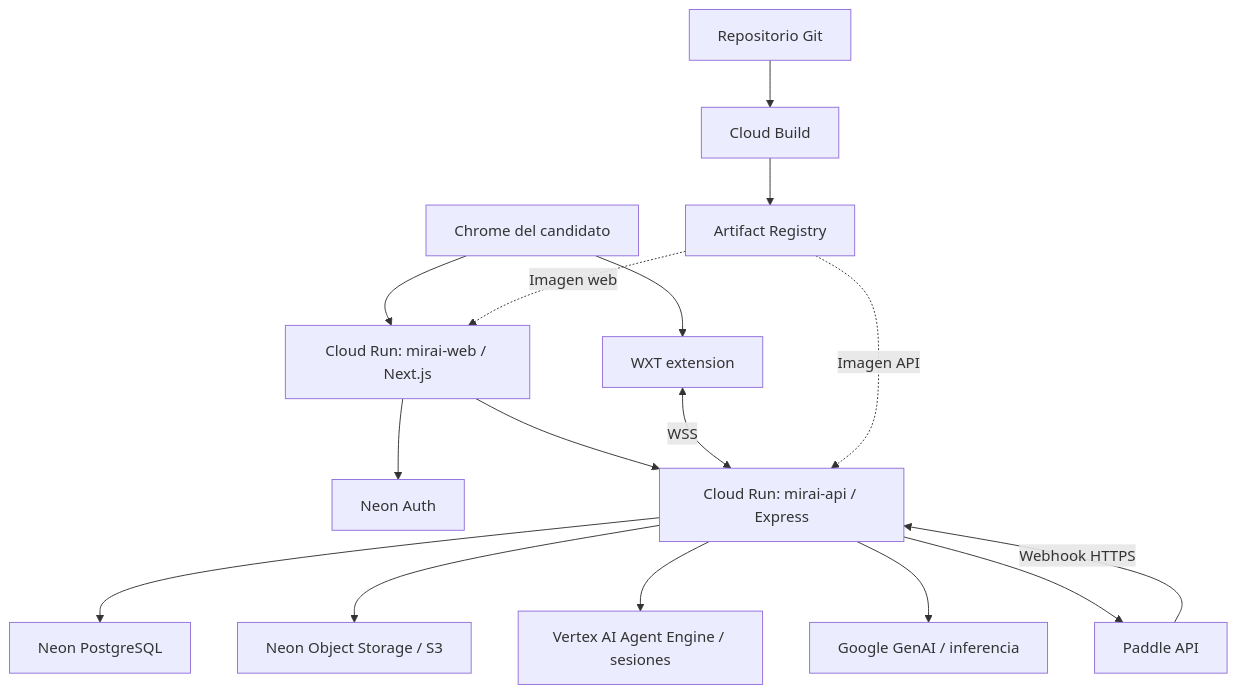
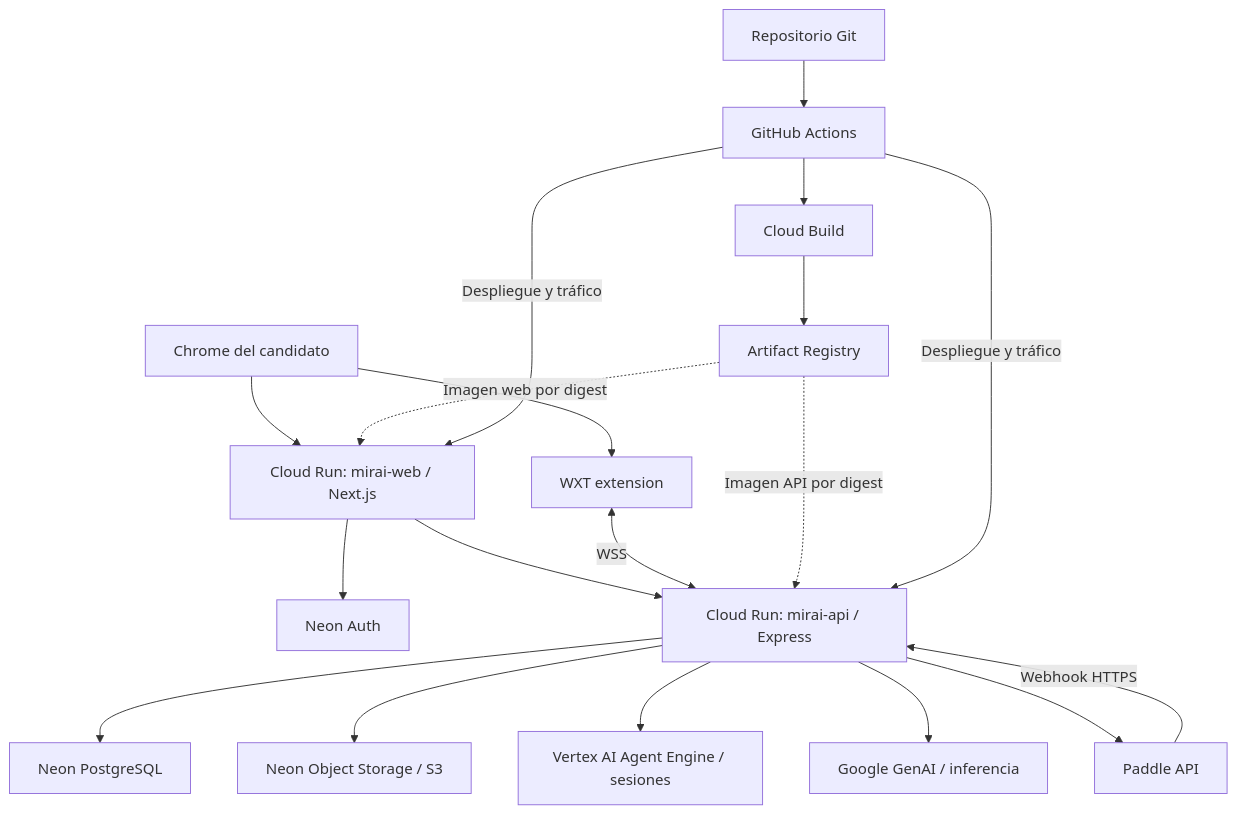
The diagram in docs/platform/mirai_infrastructure_and_deployment.md (Paz1CP/mirai), drawn with Mermaid before and after one commit. The commit also changed other lines of this file and 4 other files, not shown here.

```diff
--- a/docs/platform/mirai_infrastructure_and_deployment.md
+++ b/docs/platform/mirai_infrastructure_and_deployment.md
@@ -16,18 +16,21 @@
 ~~~mermaid
 flowchart TD
   Chrome["Chrome del candidato"] --> Web["Cloud Run: mirai-web / Next.js"]
   Chrome --> Ext["WXT extension"]
   Web --> Auth["Neon Auth"]
   Web --> API["Cloud Run: mirai-api / Express"]
   Ext <-->|WSS| API
   API --> DB["Neon PostgreSQL"]
   API --> S3["Neon Object Storage / S3"]
   API --> Engine["Vertex AI Agent Engine / sesiones"]
   API --> Gemini["Google GenAI / inferencia"]
   API --> Paddle["Paddle API"]
   Paddle -->|Webhook HTTPS| API
-  Git["Repositorio Git"] --> Build["Cloud Build"]
+  Git["Repositorio Git"] --> CI["GitHub Actions"]
+  CI --> Build["Cloud Build"]
   Build --> Registry["Artifact Registry"]
-  Registry -. Imagen web .-> Web
-  Registry -. Imagen API .-> API
+  Registry -. Imagen web por digest .-> Web
+  Registry -. Imagen API por digest .-> API
+  CI -->|Despliegue y tráfico| Web
+  CI -->|Despliegue y tráfico| API
 ~~~
```
